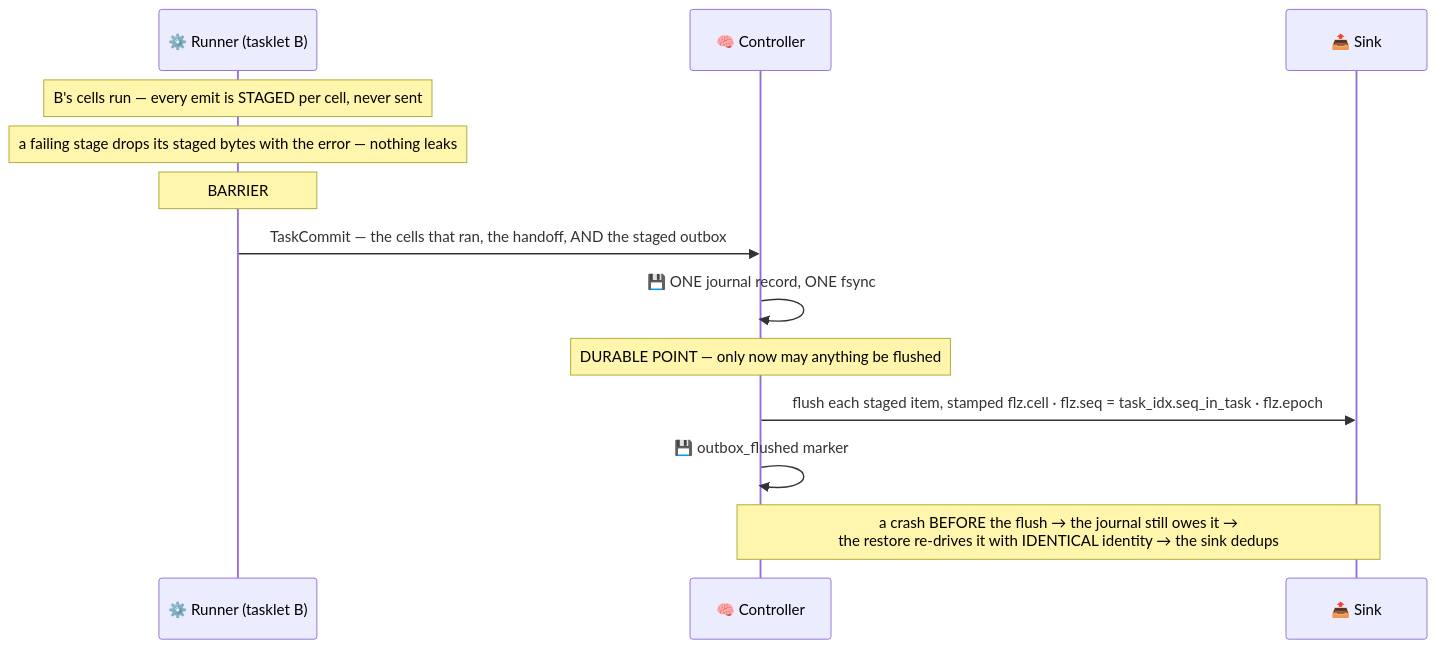
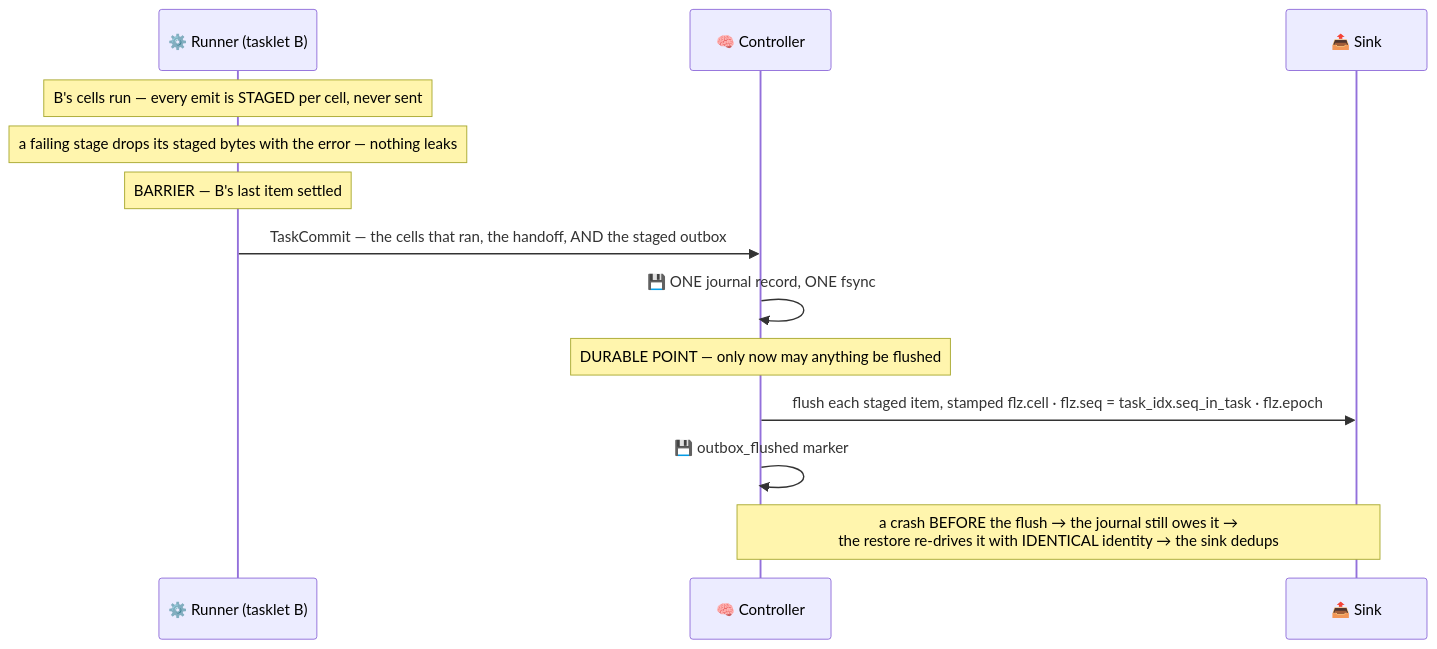
One commit to Flezha/flezha changed the third of 8 diagrams in docs/architecture/workflow_profile.md. Above: the diagram before and after it, drawn with Mermaid. The commit also changed other lines of this file and 76 other files, not shown here.

````diff
--- a/docs/architecture/workflow_profile.md
+++ b/docs/architecture/workflow_profile.md
@@ -162,16 +163,16 @@
 ```mermaid
 sequenceDiagram
     participant EX as ⚙️ Runner (tasklet B)
     participant CTRL as 🧠 Controller
     participant SINK as 📤 Sink
 
     Note over EX: B's cells run — every emit is STAGED per cell, never sent
     Note over EX: a failing stage drops its staged bytes with the error — nothing leaks
-    Note over EX: BARRIER
+    Note over EX: BARRIER — B's last item settled
     EX->>CTRL: TaskCommit — the cells that ran, the handoff, AND the staged outbox
     CTRL->>CTRL: 💾 ONE journal record, ONE fsync
     Note over CTRL: DURABLE POINT — only now may anything be flushed
     CTRL->>SINK: flush each staged item, stamped flz.cell · flz.seq = task_idx.seq_in_task · flz.epoch
     CTRL->>CTRL: 💾 outbox_flushed marker
     Note over CTRL,SINK: a crash BEFORE the flush → the journal still owes it →<br/>the restore re-drives it with IDENTICAL identity → the sink dedups
 ```
````
